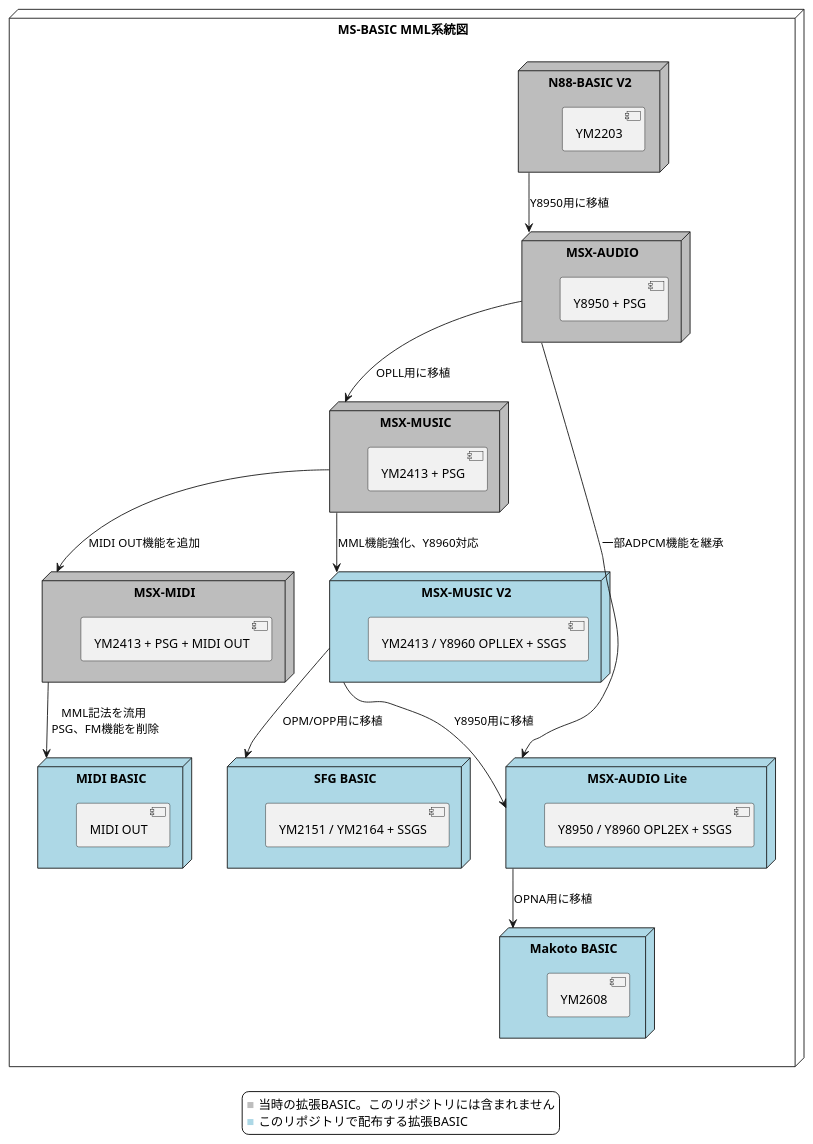
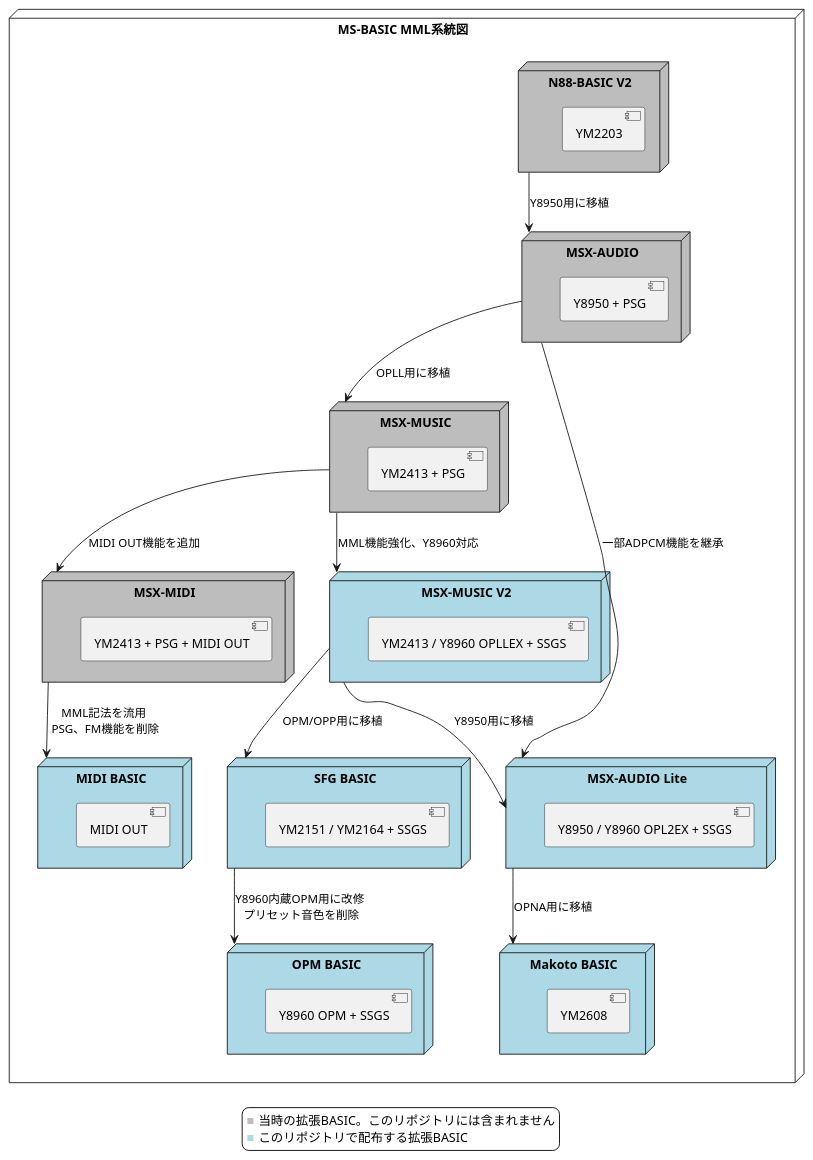
The diagram in docs/phylogenetic-tree.pu (madscient/MsxSoundSuiteExtension), drawn with PlantUML before and after one commit. The commit also changed 5 other files, not shown here.

First line of the commit message:
OPM BASIC Extension を README・NOTICE・索引・系統図に載せる

```diff
--- a/docs/phylogenetic-tree.pu
+++ b/docs/phylogenetic-tree.pu
@@ -1,54 +1,58 @@
 @startuml
 top to bottom direction
 skinparam nodeStyle rectangle
 
 node "MS-BASIC MML系統図" as root{
     node "N88-BASIC V2" as n88 #BDBDBD {
         [YM2203]
     }
     node "MSX-AUDIO" as audio #BDBDBD {
         [Y8950 + PSG]
     }
     node "MSX-MUSIC" as music #BDBDBD {
         [YM2413 + PSG]
     }
     node "MSX-MIDI" as midi #BDBDBD {
         [YM2413 + PSG + MIDI OUT]
     }
     node "MSX-MUSIC V2" as music2 #LightBlue {
         [YM2413 / Y8960 OPLLEX + SSGS]
     }
     node "MSX-AUDIO Lite" as lite #LightBlue {
         [Y8950 / Y8960 OPL2EX + SSGS]
     }
     node "SFG BASIC" as sfg #LightBlue {
         [YM2151 / YM2164 + SSGS]
     }
+    node "OPM BASIC" as opm #LightBlue {
+        [Y8960 OPM + SSGS]
+    }
     node "MIDI BASIC" as play #LightBlue {
         [MIDI OUT]
     }
     node "Makoto BASIC" as makoto #LightBlue {
         [YM2608]
     }
 }
 
 n88 --> audio : Y8950用に移植
 audio --> music : OPLL用に移植
 music --> midi : MIDI OUT機能を追加
 music --> music2 : MML機能強化、Y8960対応
 music2 --> lite : Y8950用に移植
 audio --> lite : 一部ADPCM機能を継承
 music2 --> sfg : OPM/OPP用に移植
+sfg --> opm : Y8960内蔵OPM用に改修\n プリセット音色を削除
 midi --> play : MML記法を流用\n PSG、FM機能を削除
 lite --> makoto : OPNA用に移植
 
 skinparam legendBackgroundColor transparent
 skinparam tableBorderColor transparent
 skinparam TableBorderThickness 0
 
 legend bottom
 <font color="#BDBDBD">■</font>当時の拡張BASIC。このリポジトリには含まれません
 <font color="#ADD8E6">■</font>このリポジトリで配布する拡張BASIC
 endlegend
 
 @enduml
```
